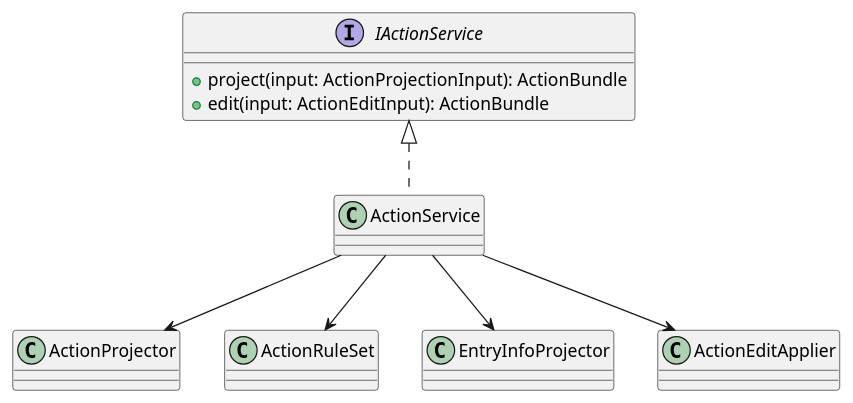
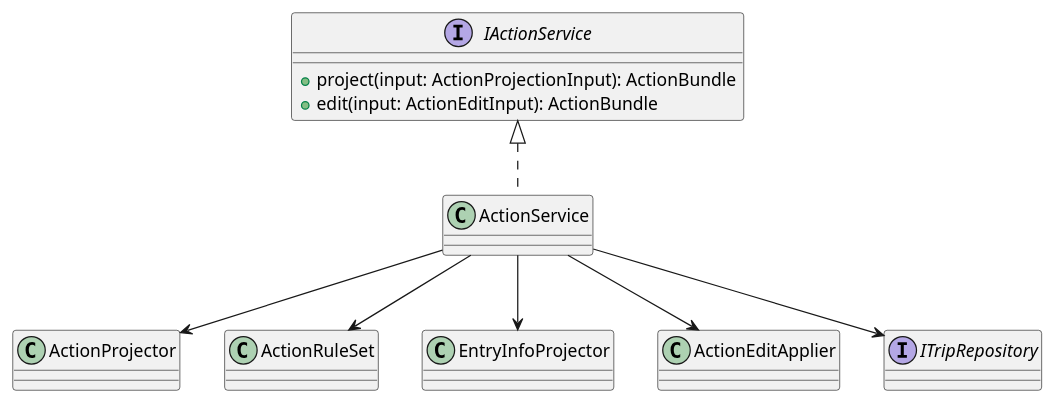
One commit to lucky-chen/ai_workflow_travel changed the first of 2 diagrams in user_projects/TravelAi/sdlc/docs/module_design/action_service.md. Above: the diagram before and after it, drawn with PlantUML. The commit also changed other lines of this file and 1 other file, not shown here.

First line of the commit message:
[AI] gpt-5: align module routing and action persistence

````diff
--- a/user_projects/TravelAi/sdlc/docs/module_design/action_service.md
+++ b/user_projects/TravelAi/sdlc/docs/module_design/action_service.md
@@ -137,20 +137,22 @@
 ```plantuml
 @startuml
 interface IActionService {
   +project(input: ActionProjectionInput): ActionBundle
   +edit(input: ActionEditInput): ActionBundle
 }
 
 class ActionService
 class ActionProjector
 class ActionRuleSet
 class EntryInfoProjector
 class ActionEditApplier
+interface ITripRepository
 
 IActionService <|.. ActionService
 ActionService --> ActionProjector
 ActionService --> ActionRuleSet
 ActionService --> EntryInfoProjector
 ActionService --> ActionEditApplier
+ActionService --> ITripRepository
 @enduml
 ```
````
